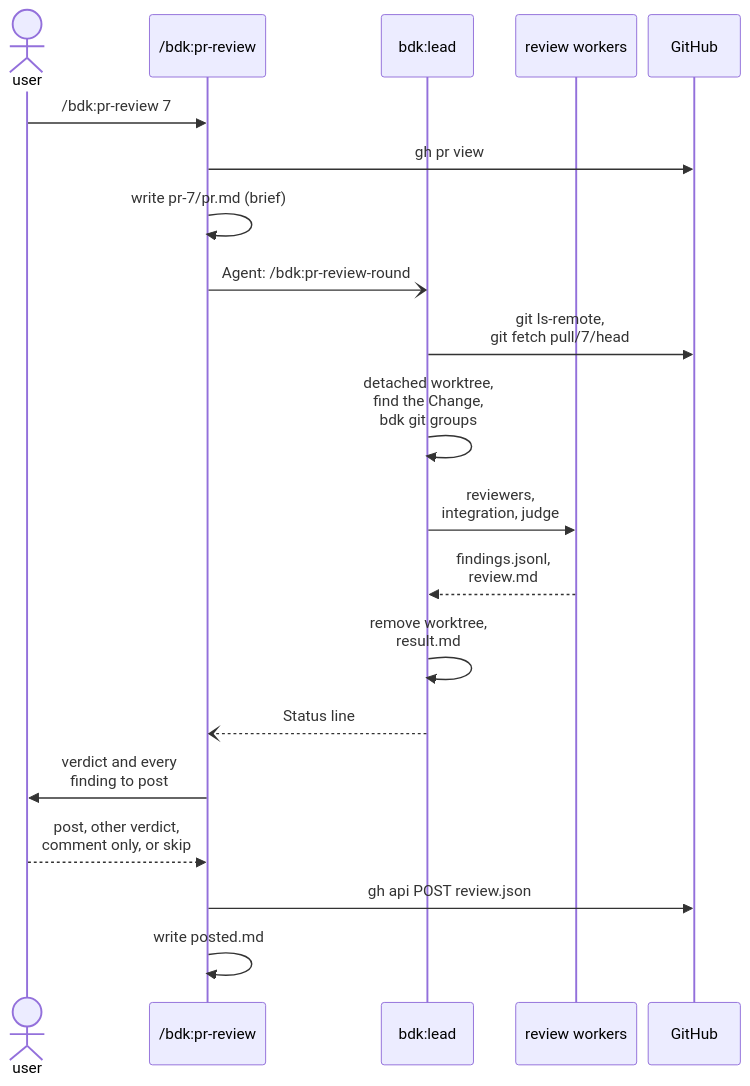
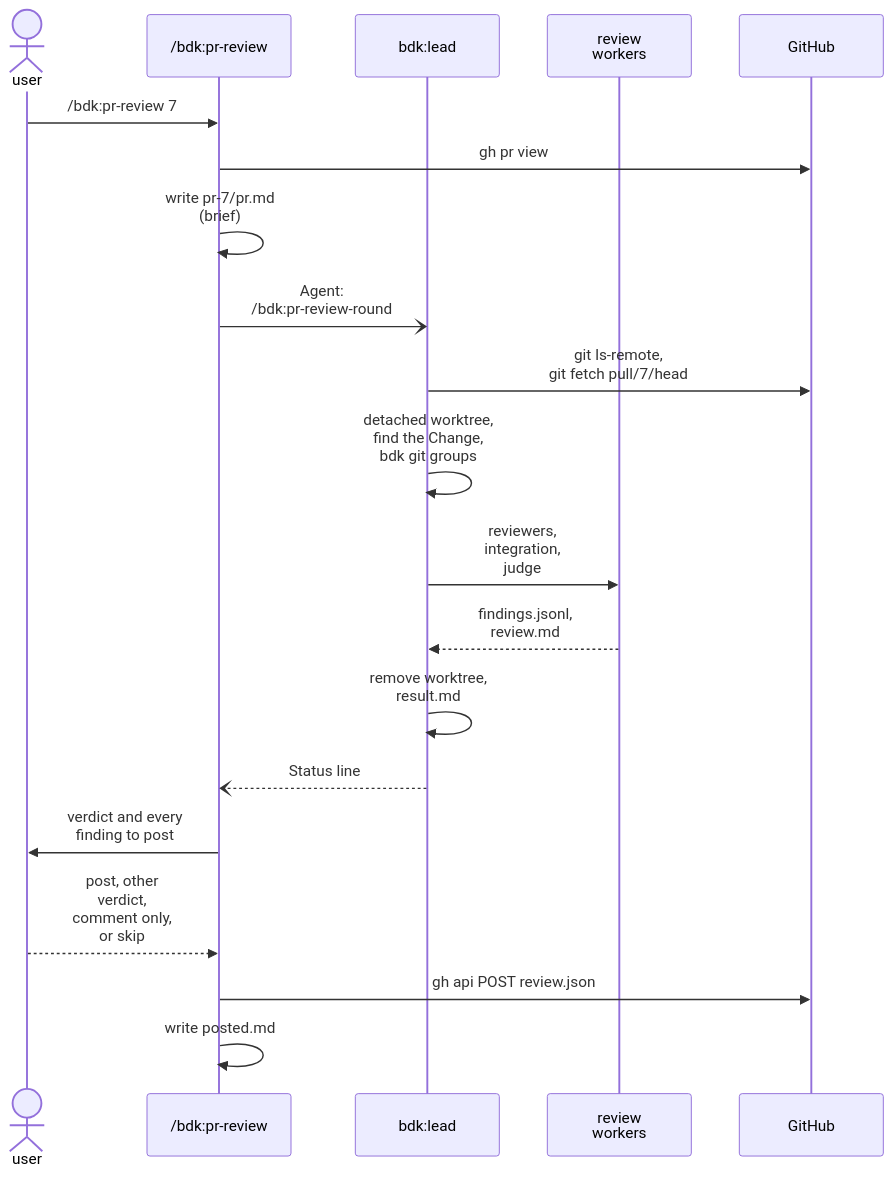
Diagram 13 of 15 in docs/concepts/orchestrators.md (broneq/bdk), drawn with Mermaid before and after one commit. The commit also changed other lines of this file and 20 other files, not shown here.

First line of the commit message:
fix(docs): fit every diagram into the content column

````diff
--- a/docs/concepts/orchestrators.md
+++ b/docs/concepts/orchestrators.md
@@ -305,23 +301,22 @@
 ```mermaid
-%%{init: {"sequence": {"actorMargin": 12, "width": 96, "noteMargin": 6}}}%%
 sequenceDiagram
   actor U as user
   participant M as /bdk:pr-review
   participant L as bdk:lead
-  participant W as review workers
+  participant W as review<br/>workers
   participant G as GitHub
   U->>M: /bdk:pr-review 7
   M->>G: gh pr view
-  M->>M: write pr-7/pr.md (brief)
-  M-)L: Agent: /bdk:pr-review-round
+  M->>M: write pr-7/pr.md<br/>(brief)
+  M-)L: Agent:<br/>/bdk:pr-review-round
   L->>G: git ls-remote,<br/>git fetch pull/7/head
   L->>L: detached worktree,<br/>find the Change,<br/>bdk git groups
-  L->>W: reviewers,<br/>integration, judge
+  L->>W: reviewers,<br/>integration,<br/>judge
   W-->>L: findings.jsonl,<br/>review.md
   L->>L: remove worktree,<br/>result.md
   L--)M: Status line
   M->>U: verdict and every<br/>finding to post
-  U-->>M: post, other verdict,<br/>comment only, or skip
+  U-->>M: post, other<br/>verdict,<br/>comment only,<br/>or skip
   M->>G: gh api POST review.json
   M->>M: write posted.md
 ```
````
